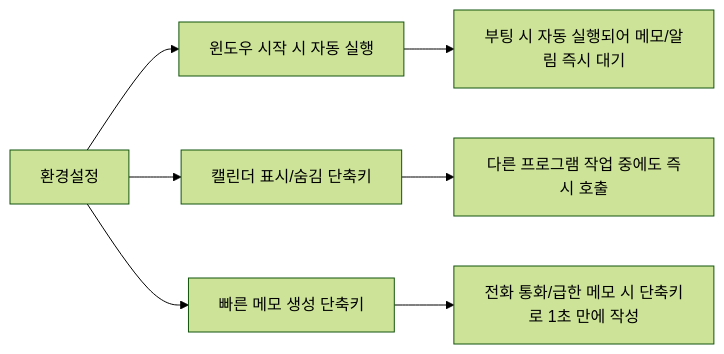
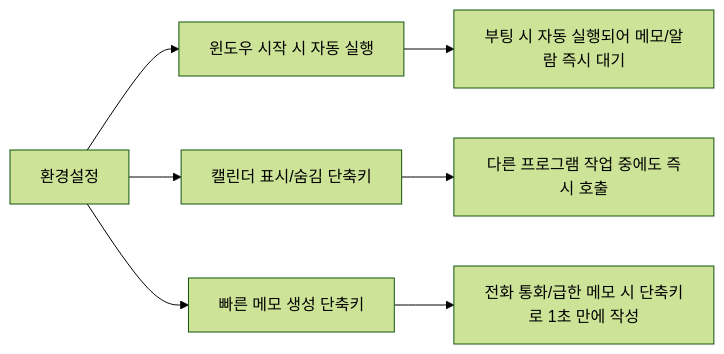
Before and after one commit to wookoon2024/TaskCalendar: the diagram in docs/TaskCalendar_업무활용가이드.md, drawn with Mermaid (forest theme). The commit also changed other lines of this file and 6 other files, not shown here.

````diff
--- a/docs/TaskCalendar_업무활용가이드.md
+++ b/docs/TaskCalendar_업무활용가이드.md
@@ -41,9 +66,9 @@
 ```mermaid
 graph LR
     A[환경설정] --> B[윈도우 시작 시 자동 실행]
     A --> C[캘린더 표시/숨김 단축키]
     A --> D[빠른 메모 생성 단축키]
-    B --> E[부팅 시 자동 실행되어 메모/알림 즉시 대기]
+    B --> E[부팅 시 자동 실행되어 메모/알람 즉시 대기]
     C --> F[다른 프로그램 작업 중에도 즉시 호출]
     D --> G[전화 통화/급한 메모 시 단축키로 1초 만에 작성]
 ```
````
